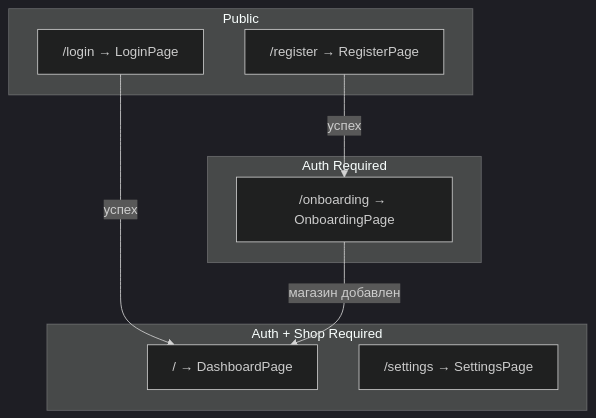
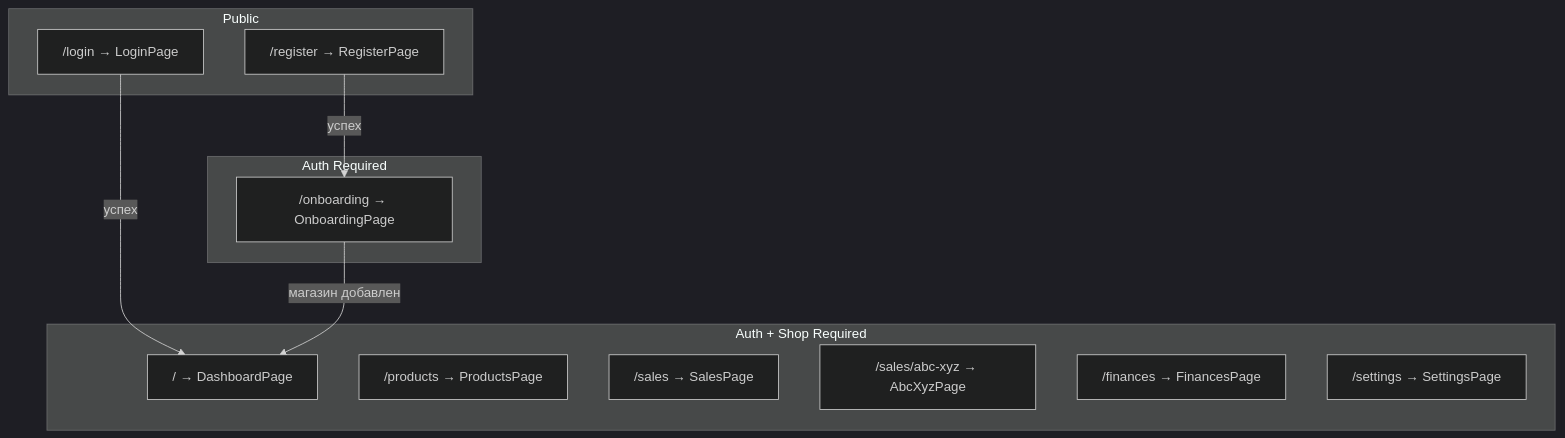
One commit to alex-web13-2001/MP-CONTROL changed the first of 2 diagrams in docs/architecture/06_FRONTEND.md. Above: the diagram before and after it, drawn with Mermaid (dark theme). The commit also changed other lines of this file and 3 other files, not shown here.

Commit message:
docs: update architecture docs — add Sales, Finances, AbcXyz, nginx dev/prod

````diff
--- a/docs/architecture/06_FRONTEND.md
+++ b/docs/architecture/06_FRONTEND.md
@@ -25,20 +25,24 @@
 ```mermaid
 graph TB
     subgraph "Public"
         Login["/login → LoginPage"]
         Register["/register → RegisterPage"]
     end
 
     subgraph "Auth Required"
         Onboarding["/onboarding → OnboardingPage"]
     end
 
     subgraph "Auth + Shop Required"
         Dashboard["/ → DashboardPage"]
+        Products["/products → ProductsPage"]
+        Sales["/sales → SalesPage"]
+        AbcXyz["/sales/abc-xyz → AbcXyzPage"]
+        Finances["/finances → FinancesPage"]
         Settings["/settings → SettingsPage"]
     end
 
     Login -->|"успех"| Dashboard
     Register -->|"успех"| Onboarding
     Onboarding -->|"магазин добавлен"| Dashboard
 ```
````
